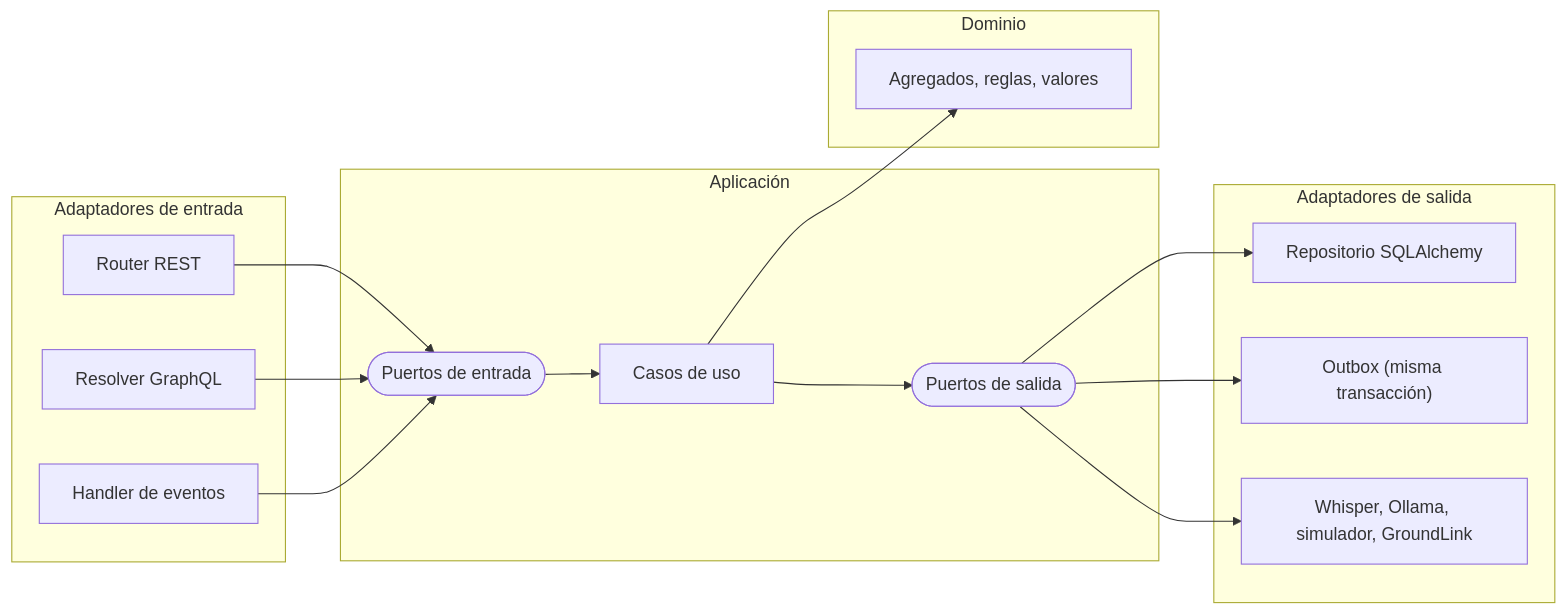
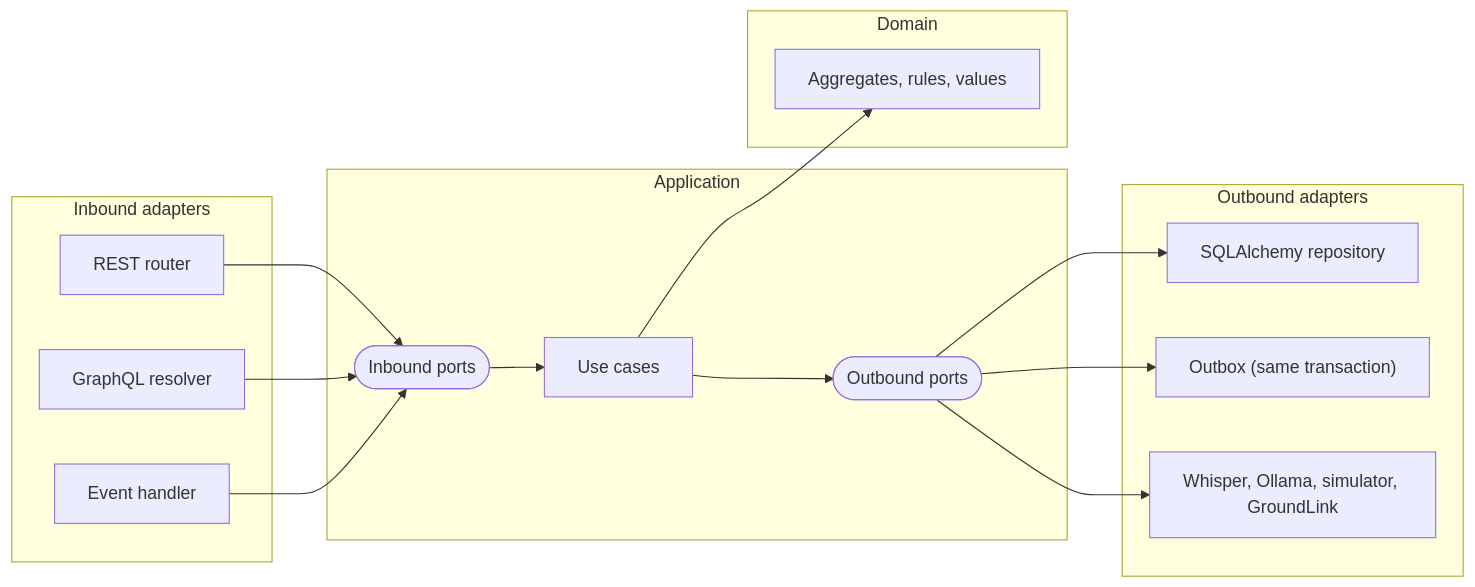
Before and after one commit to Julio-Cuellar/SpaceOverflow: the first of 3 diagrams in tools/docgen/template.md, drawn with Mermaid. The commit also changed other lines of this file and 300 other files, not shown here.

````diff
--- a/tools/docgen/template.md
+++ b/tools/docgen/template.md
@@ -60,30 +60,30 @@
 ```mermaid
 flowchart LR
-  subgraph IN["Adaptadores de entrada"]
-    R["Router REST"]
-    G["Resolver GraphQL"]
-    H["Handler de eventos"]
+  subgraph IN["Inbound adapters"]
+    R["REST router"]
+    G["GraphQL resolver"]
+    H["Event handler"]
   end
-  subgraph APP["Aplicación"]
-    UC["Casos de uso"]
-    PI(["Puertos de entrada"])
-    PO(["Puertos de salida"])
+  subgraph APP["Application"]
+    UC["Use cases"]
+    PI(["Inbound ports"])
+    PO(["Outbound ports"])
   end
-  subgraph DOM["Dominio"]
-    D["Agregados, reglas, valores"]
+  subgraph DOM["Domain"]
+    D["Aggregates, rules, values"]
   end
-  subgraph OUT["Adaptadores de salida"]
-    SQL["Repositorio SQLAlchemy"]
-    OB["Outbox (misma transacción)"]
-    EXT["Whisper, Ollama, simulador, GroundLink"]
+  subgraph OUT["Outbound adapters"]
+    SQL["SQLAlchemy repository"]
+    OB["Outbox (same transaction)"]
+    EXT["Whisper, Ollama, simulator, GroundLink"]
   end
   R --> PI
   G --> PI
   H --> PI
   PI --> UC
   UC --> D
   UC --> PO
   PO --> SQL
   PO --> OB
   PO --> EXT
 ```
````
